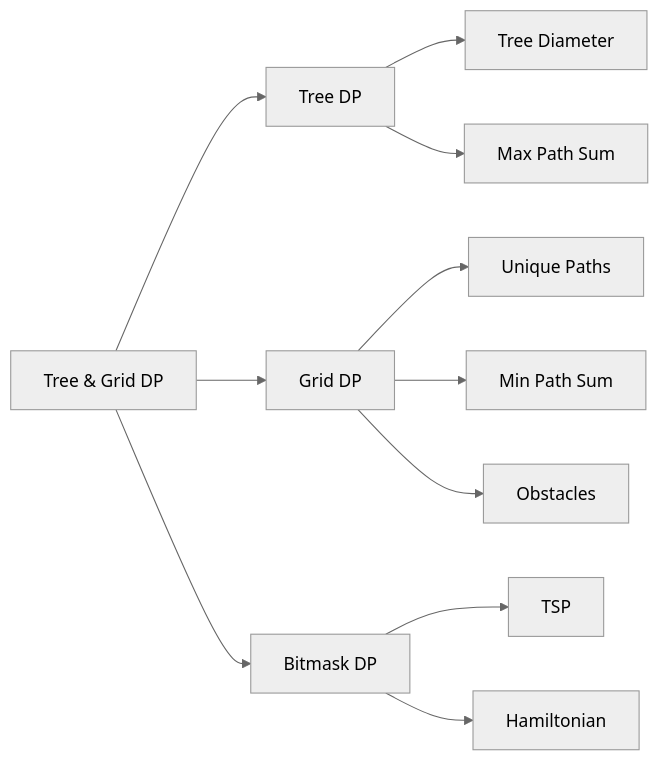
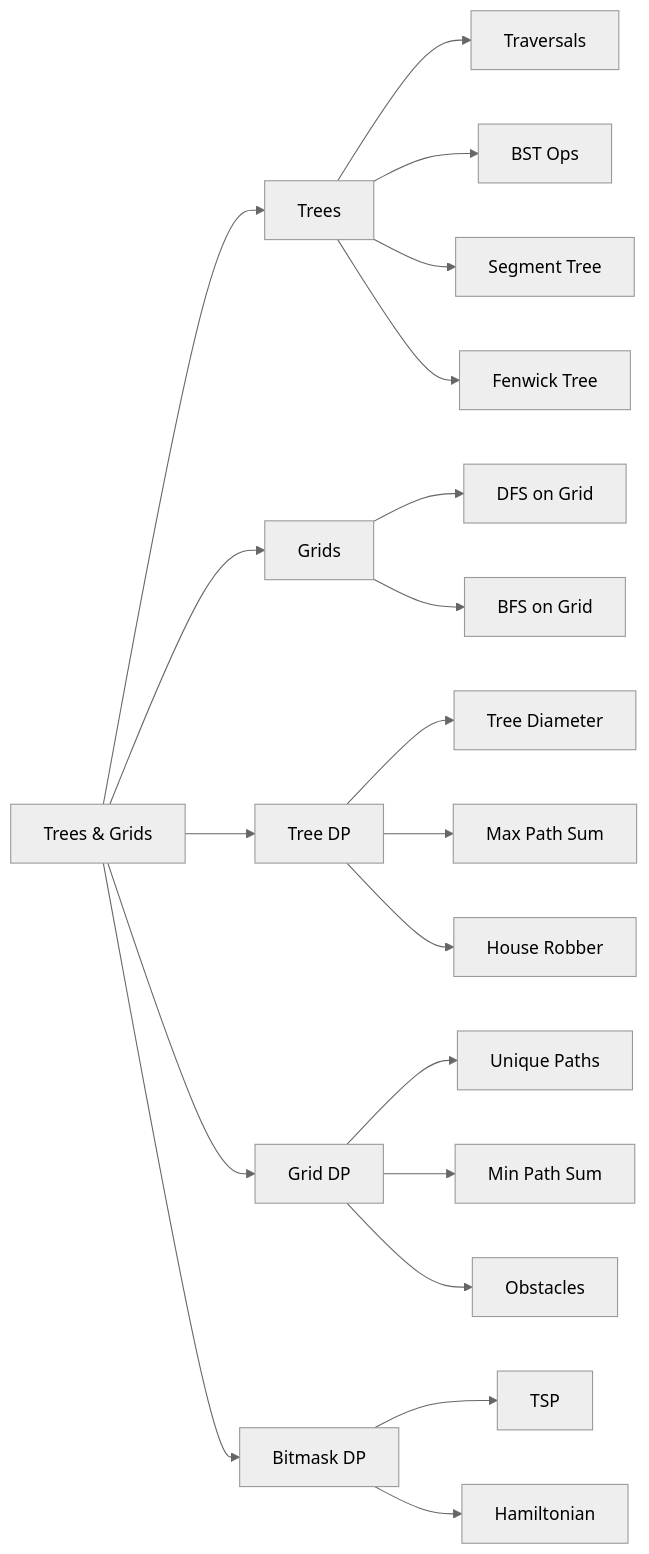
Before and after one commit to Raushan666java/ai-engineering-journey: the diagram in docs/courses/algorithms/10-dp-trees-grids.md, drawn with Mermaid (neutral theme). The commit also changed other lines of this file and 17 other files, not shown here.

````diff
--- a/docs/courses/algorithms/10-dp-trees-grids.md
+++ b/docs/courses/algorithms/10-dp-trees-grids.md
@@ -27,13 +2339,22 @@
 ```mermaid
 flowchart LR
-    A[Tree & Grid DP] --> B[Tree DP]
-    A --> C[Grid DP]
-    A --> D[Bitmask DP]
-    B --> E[Tree Diameter]
-    B --> F[Max Path Sum]
-    C --> G[Unique Paths]
-    C --> H[Min Path Sum]
-    C --> I[Obstacles]
-    D --> J[TSP]
-    D --> K[Hamiltonian]
+    A[Trees & Grids] --> B[Trees]
+    A --> C[Grids]
+    A --> D[Tree DP]
+    A --> E[Grid DP]
+    A --> F[Bitmask DP]
+    B --> G[Traversals]
+    B --> H[BST Ops]
+    B --> I[Segment Tree]
+    B --> J[Fenwick Tree]
+    C --> K[DFS on Grid]
+    C --> L[BFS on Grid]
+    D --> M[Tree Diameter]
+    D --> N[Max Path Sum]
+    D --> O[House Robber]
+    E --> P[Unique Paths]
+    E --> Q[Min Path Sum]
+    E --> R[Obstacles]
+    F --> S[TSP]
+    F --> T[Hamiltonian]
 ```
````
